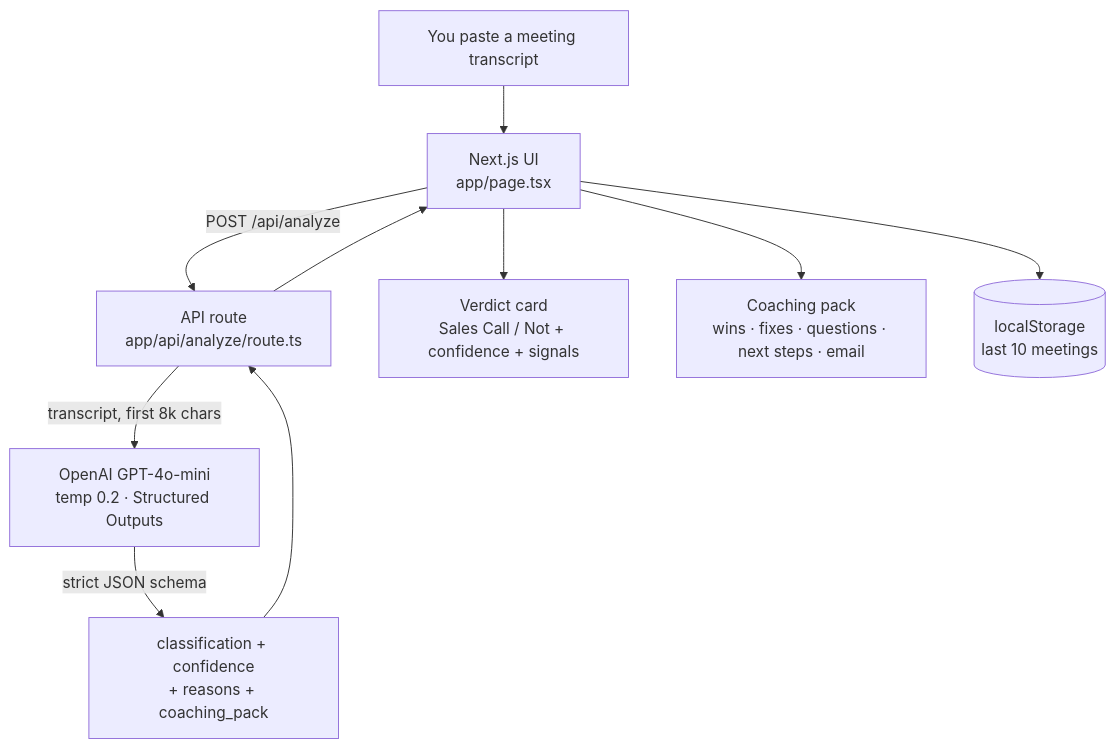
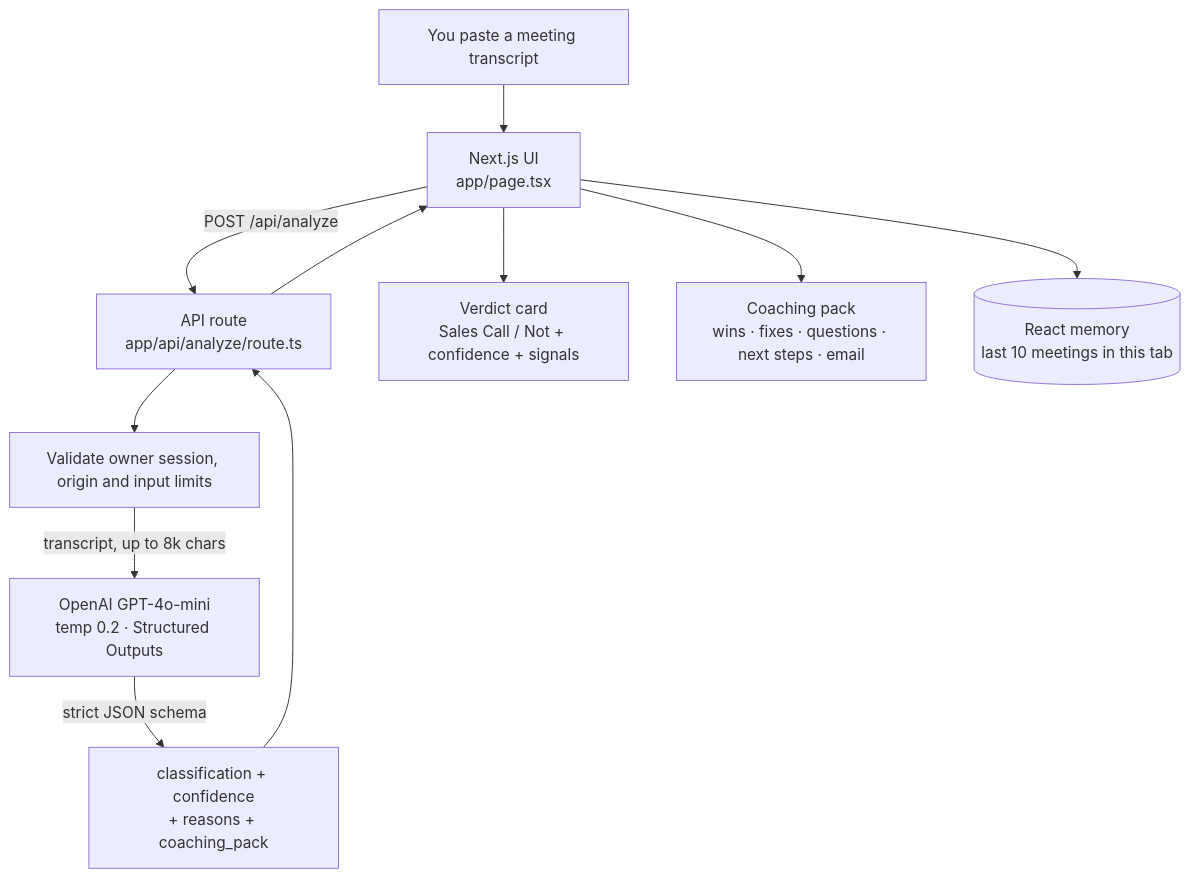
The first of 4 diagrams in README.md (zshah101/granola-sales-coach), drawn with Mermaid before and after one commit. The commit also changed other lines of this file and 13 other files, not shown here.

````diff
--- a/README.md
+++ b/README.md
@@ -86,12 +88,13 @@
 ```mermaid
 flowchart TD
     U["You paste a meeting transcript"] --> UI["Next.js UI<br/>app/page.tsx"]
     UI -->|POST /api/analyze| API["API route<br/>app/api/analyze/route.ts"]
-    API -->|"transcript, first 8k chars"| AI["OpenAI GPT-4o-mini<br/>temp 0.2 · Structured Outputs"]
+    API --> AUTH["Validate owner session, origin and input limits"]
+    AUTH -->|"transcript, up to 8k chars"| AI["OpenAI GPT-4o-mini<br/>temp 0.2 · Structured Outputs"]
     AI -->|"strict JSON schema"| OUT["classification + confidence<br/>+ reasons + coaching_pack"]
     OUT --> API
     API --> UI
     UI --> CARD["Verdict card<br/>Sales Call / Not + confidence + signals"]
     UI --> COACH["Coaching pack<br/>wins · fixes · questions · next steps · email"]
-    UI --> HIST[("localStorage<br/>last 10 meetings")]
+    UI --> HIST[("React memory<br/>last 10 meetings in this tab")]
 ```
````
